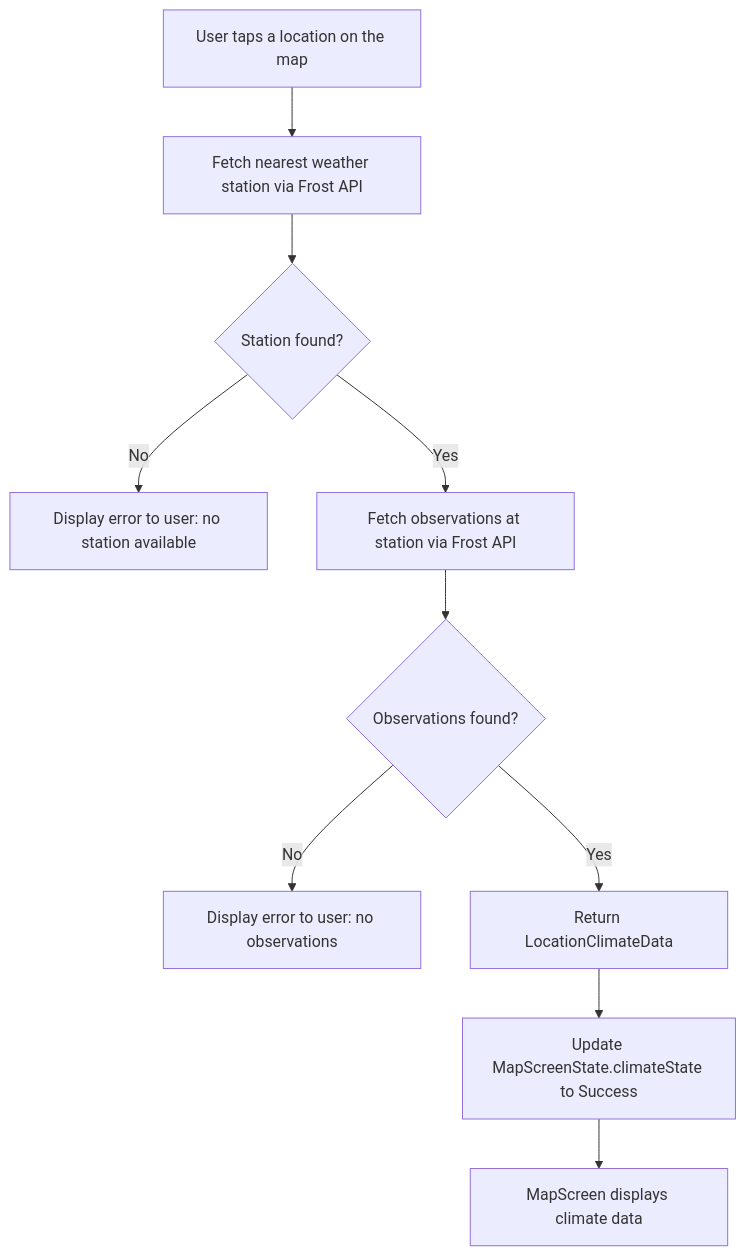
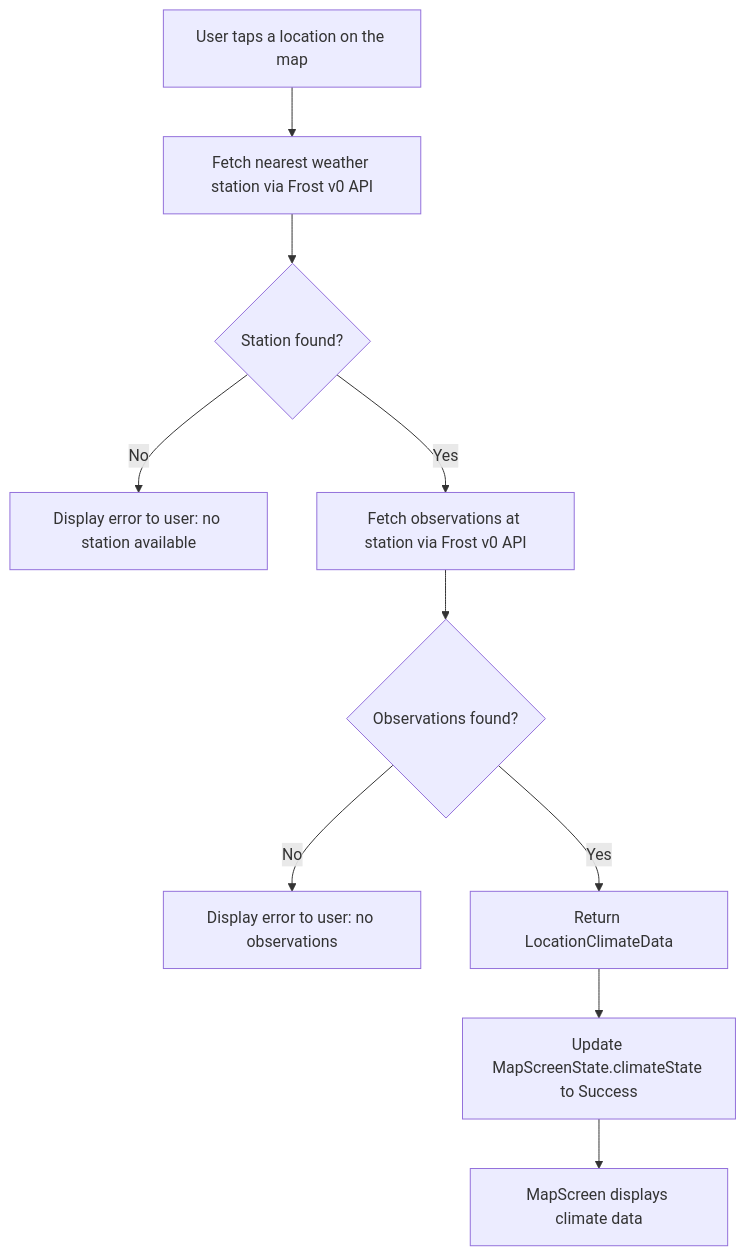
Before and after one commit to ajgrow/snowsense: the seventh of 7 diagrams in MODELING.md, drawn with Mermaid. The commit also changed other lines of this file, not shown here.

Commit message:
Fix diagrams and small issues

````diff
--- a/MODELING.md
+++ b/MODELING.md
@@ -599,14 +596,14 @@
 ```mermaid
 flowchart
     A[User taps a location on the map]
-    A --> B[Fetch nearest weather station via Frost API]
+    A --> B[Fetch nearest weather station via Frost v0 API]
     B --> C{Station found?}
     C -->|No| ERR[Display error to user: no station available]
-    C -->|Yes| D[Fetch observations at station via Frost API]
+    C -->|Yes| D[Fetch observations at station via Frost v0 API]
     D --> E{Observations found?}
     E -->|No| ERR2[Display error to user: no observations]
     E -->|Yes| F[Return LocationClimateData]
     F --> G[Update MapScreenState.climateState to Success]
     G --> H[MapScreen displays climate data]
  
 ```
````
